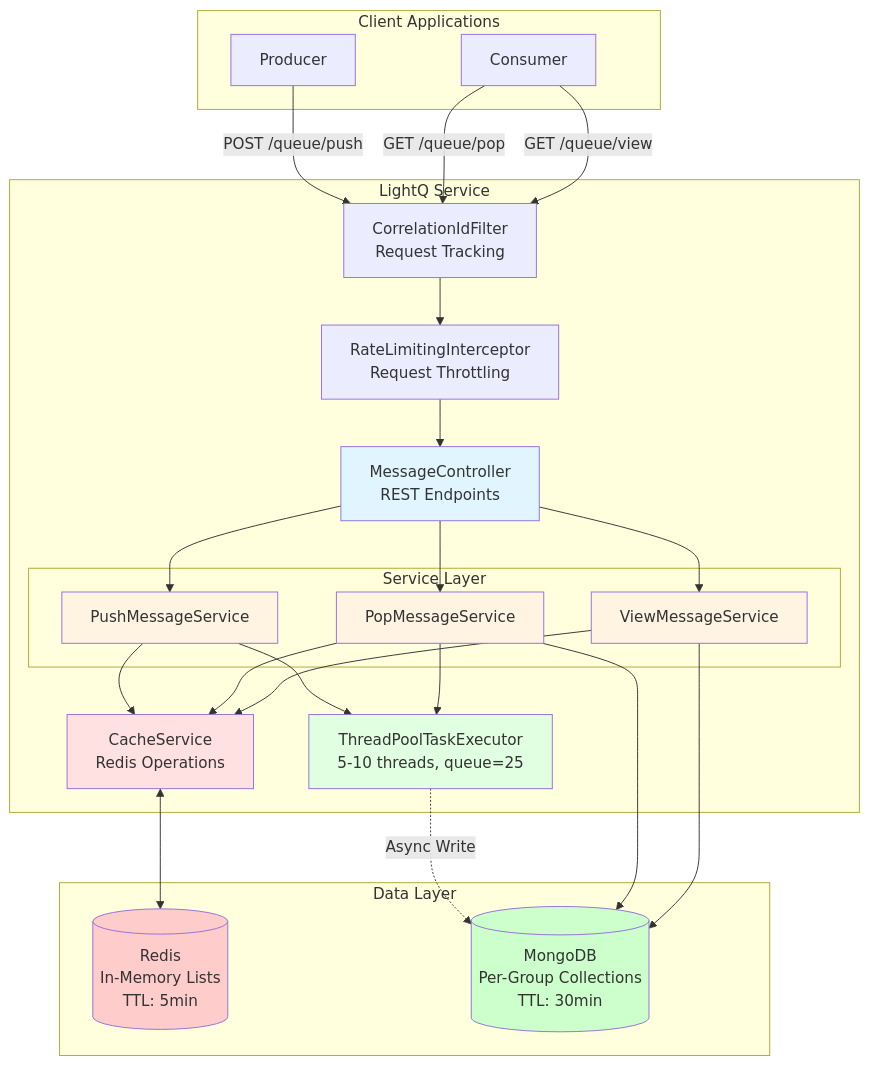
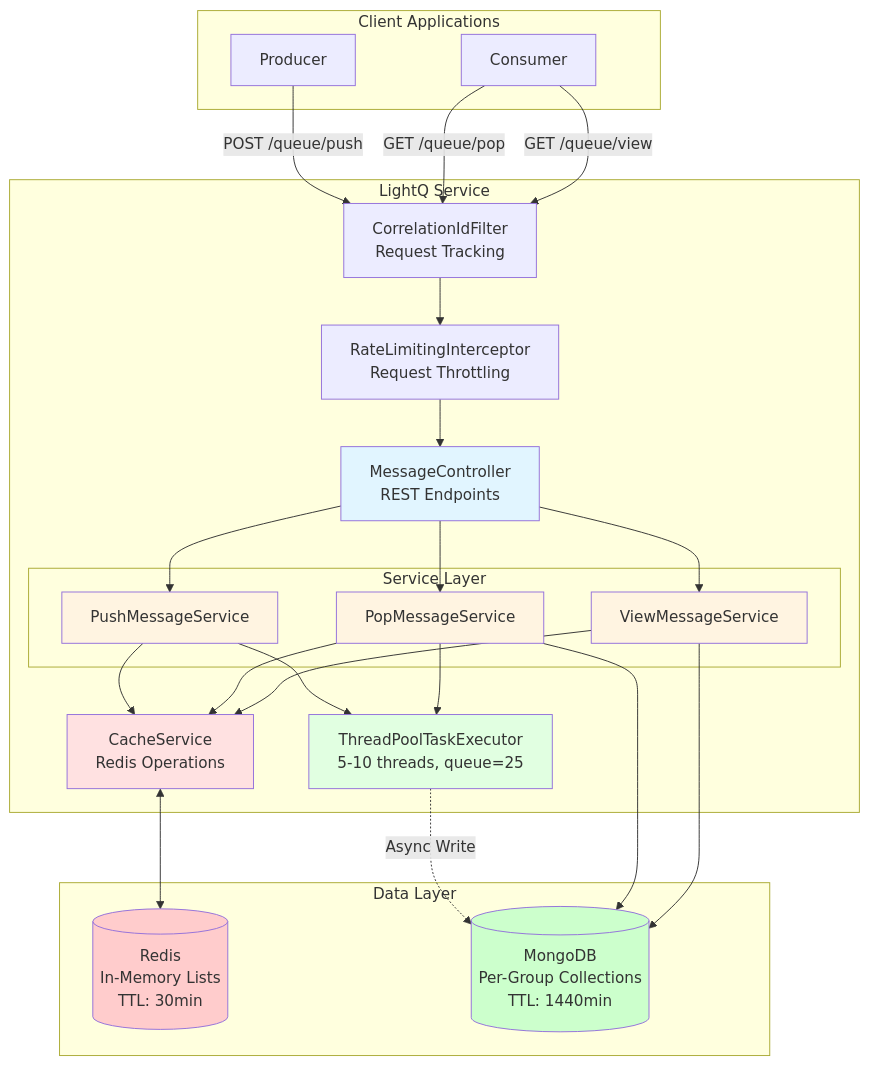
One commit to Alak-Das/LightQ changed the diagram in README.md. Above: the diagram before and after it, drawn with Mermaid. The commit also changed other lines of this file and 1 other file, not shown here.

````diff
--- a/README.md
+++ b/README.md
@@ -83,57 +83,57 @@
 ```mermaid
 graph TB
     subgraph "Client Applications"
         P[Producer]
         C[Consumer]
     end
 
     subgraph "LightQ Service"
         F[CorrelationIdFilter<br/>Request Tracking]
         RL[RateLimitingInterceptor<br/>Request Throttling]
         API[MessageController<br/>REST Endpoints]
         
         subgraph "Service Layer"
             PUSH[PushMessageService]
             POP[PopMessageService]
             VIEW[ViewMessageService]
         end
         
         CACHE[CacheService<br/>Redis Operations]
         ASYNC[ThreadPoolTaskExecutor<br/>5-10 threads, queue=25]
     end
 
     subgraph "Data Layer"
-        R[(Redis<br/>In-Memory Lists<br/>TTL: 5min)]
-        M[(MongoDB<br/>Per-Group Collections<br/>TTL: 30min)]
+        R[(Redis<br/>In-Memory Lists<br/>TTL: 30min)]
+        M[(MongoDB<br/>Per-Group Collections<br/>TTL: 1440min)]
     end
 
     P -->|POST /queue/push| F
     C -->|GET /queue/pop| F
     C -->|GET /queue/view| F
     
     F --> RL
     RL --> API
     API --> PUSH
     API --> POP
     API --> VIEW
     
     PUSH --> CACHE
     PUSH --> ASYNC
     POP --> CACHE
     POP --> ASYNC
     VIEW --> CACHE
     
     CACHE <--> R
     ASYNC -.->|Async Write| M
     POP --> M
     VIEW --> M
 
     style API fill:#e1f5ff
     style PUSH fill:#fff4e1
     style POP fill:#fff4e1
     style VIEW fill:#fff4e1
     style CACHE fill:#ffe1e1
     style ASYNC fill:#e1ffe1
     style R fill:#ffcccc
     style M fill:#ccffcc
 ```
````
